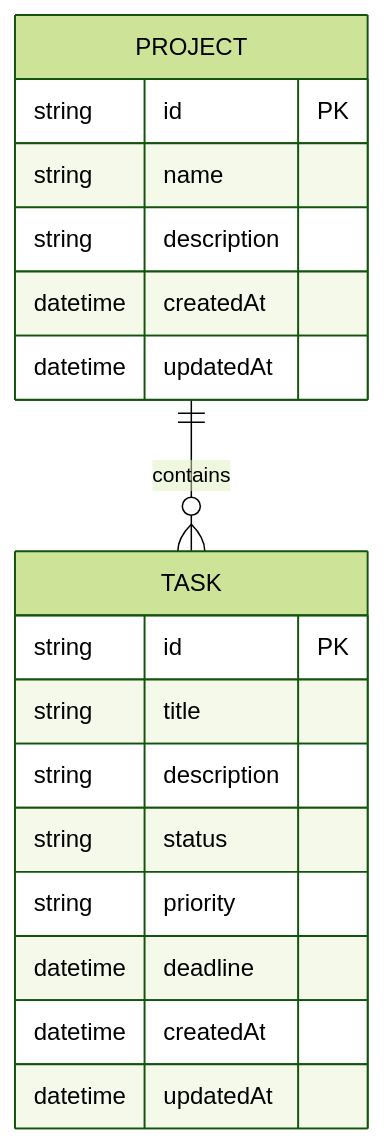
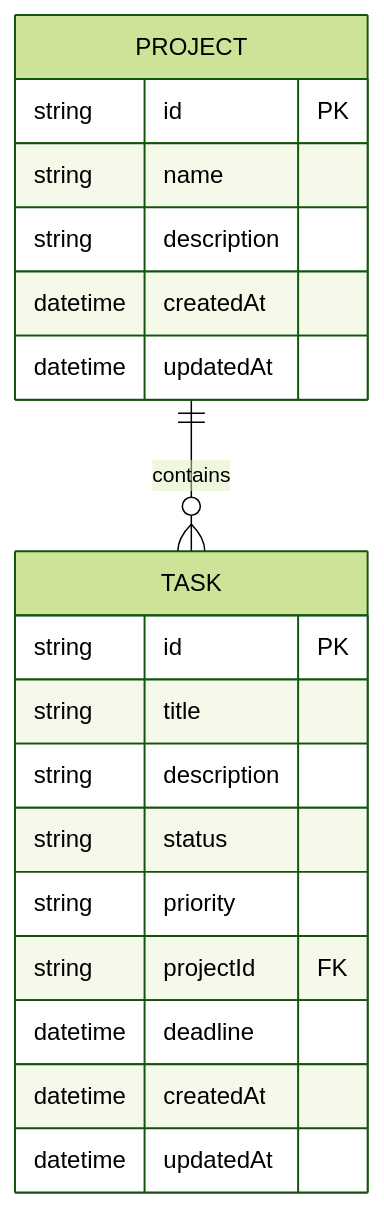
The diagram in diagrams/er_diagram.md (kanishksharma04/Smart-Task-Management-System), drawn with Mermaid (forest theme) before and after one commit. The commit also changed other lines of this file and 10 other files, not shown here.

````diff
--- a/diagrams/er_diagram.md
+++ b/diagrams/er_diagram.md
@@ -3,23 +3,24 @@
 ```mermaid
 erDiagram
     PROJECT ||--o{ TASK : contains
 
     PROJECT {
         string id PK
         string name
         string description
         datetime createdAt
         datetime updatedAt
     }
 
     TASK {
         string id PK
         string title
         string description
         string status
         string priority
+        string projectId FK
         datetime deadline
         datetime createdAt
         datetime updatedAt
     }
 ```
````
